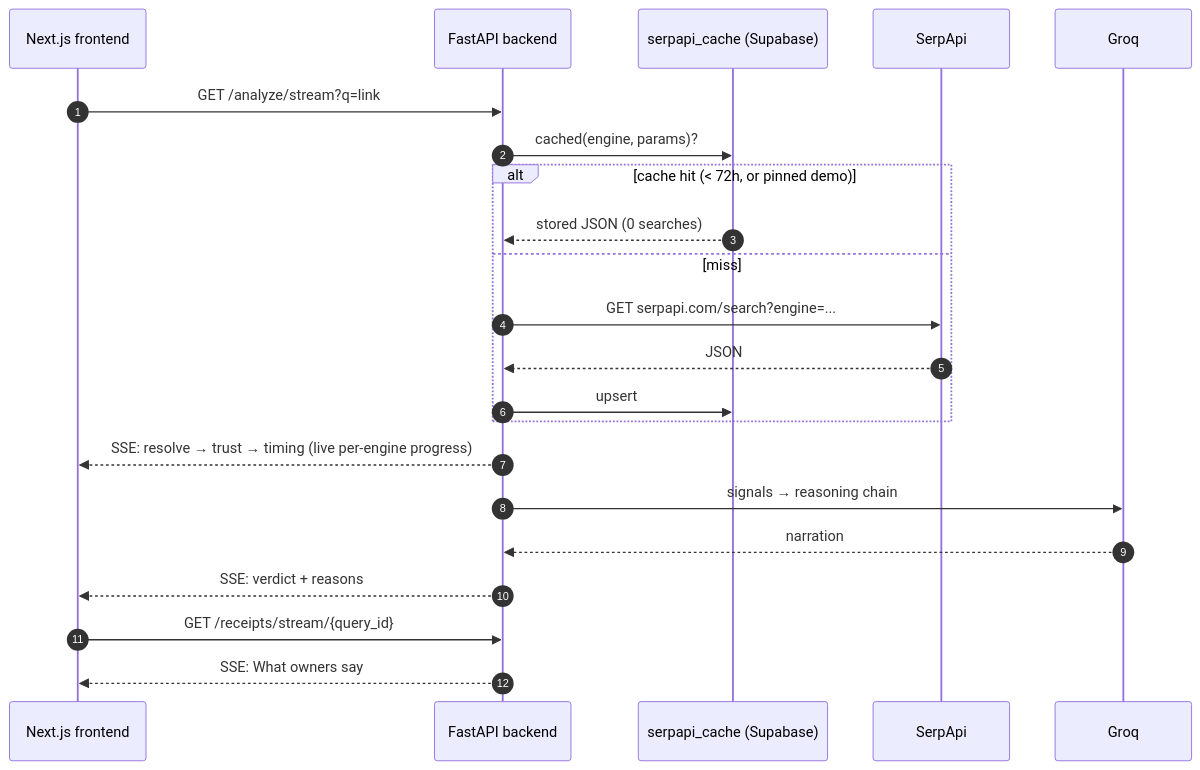
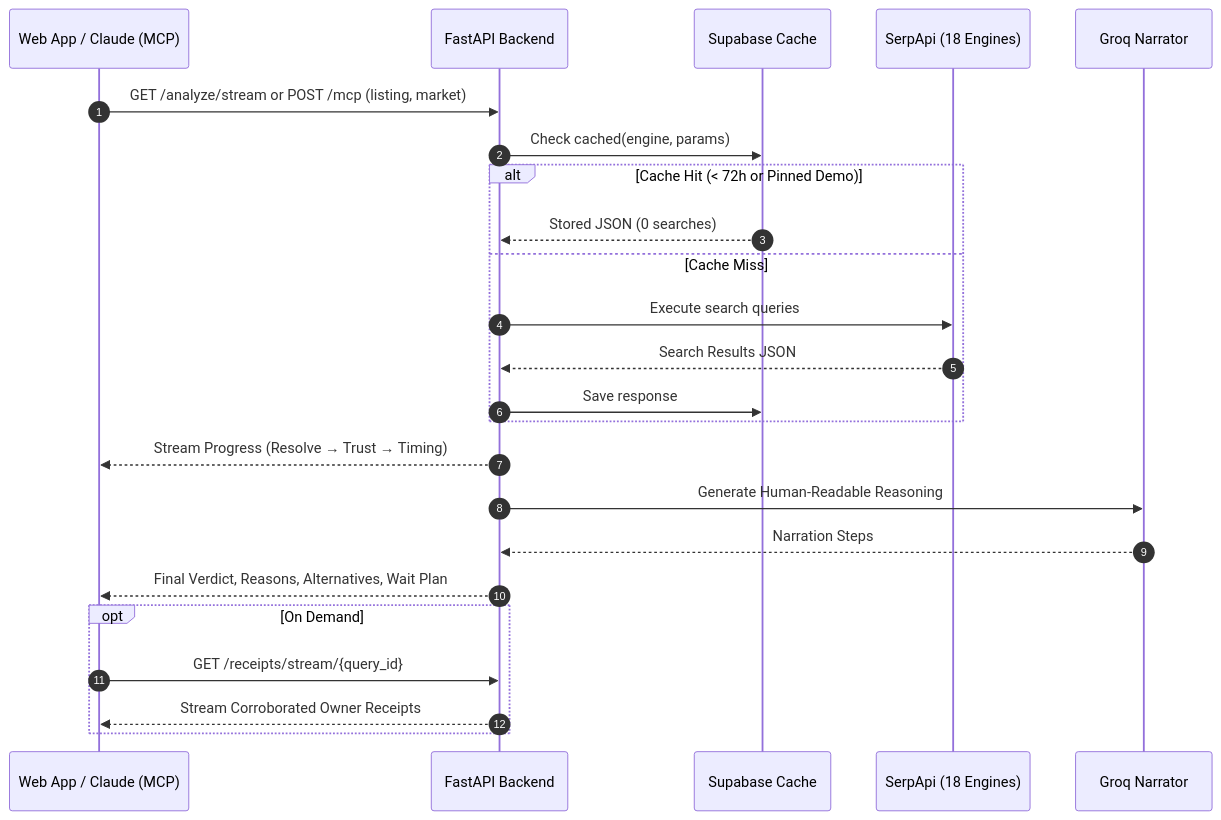
Before and after one commit to YashIIT0909/Clarity: the sixth of 6 diagrams in README.md, drawn with Mermaid. The commit also changed other lines of this file, not shown here.

Commit message:
docs: update README with MCP support, multi-market details, and updated architecture descriptions

````diff
--- a/README.md
+++ b/README.md
@@ -349,25 +390,27 @@
 ```mermaid
 sequenceDiagram
     autonumber
-    participant UI as Next.js frontend
-    participant API as FastAPI backend
-    participant C as serpapi_cache (Supabase)
-    participant S as SerpApi
-    participant G as Groq
+    participant Client as Web App / Claude (MCP)
+    participant API as FastAPI Backend
+    participant Cache as Supabase Cache
+    participant Serp as SerpApi (18 Engines)
+    participant Groq as Groq Narrator
 
-    UI->>API: GET /analyze/stream?q=link
-    API->>C: cached(engine, params)?
-    alt cache hit (< 72h, or pinned demo)
-        C-->>API: stored JSON (0 searches)
-    else miss
-        API->>S: GET serpapi.com/search?engine=...
-        S-->>API: JSON
-        API->>C: upsert
+    Client->>API: GET /analyze/stream or POST /mcp (listing, market)
+    API->>Cache: Check cached(engine, params)
+    alt Cache Hit (< 72h or Pinned Demo)
+        Cache-->>API: Stored JSON (0 searches)
+    else Cache Miss
+        API->>Serp: Execute search queries
+        Serp-->>API: Search Results JSON
+        API->>Cache: Save response
     end
-    API-->>UI: SSE: resolve → trust → timing (live per-engine progress)
-    API->>G: signals → reasoning chain
-    G-->>API: narration
-    API-->>UI: SSE: verdict + reasons
-    UI->>API: GET /receipts/stream/{query_id}
-    API-->>UI: SSE: What owners say
+    API-->>Client: Stream Progress (Resolve → Trust → Timing)
+    API->>Groq: Generate Human-Readable Reasoning
+    Groq-->>API: Narration Steps
+    API-->>Client: Final Verdict, Reasons, Alternatives, Wait Plan
+    opt On Demand
+        Client->>API: GET /receipts/stream/{query_id}
+        API-->>Client: Stream Corroborated Owner Receipts
+    end
 ```
````
